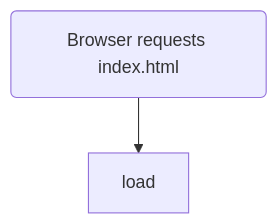
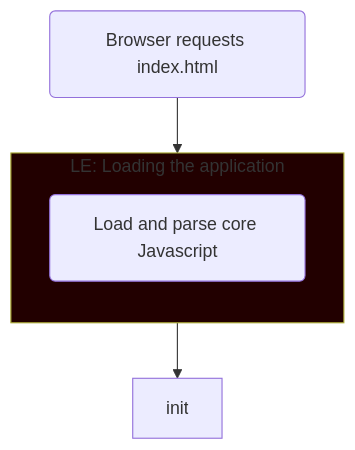
Before and after one commit to concord-consortium/collaborative-learning: the diagram in docs/mermaid-test.md, drawn with Mermaid.

Commit message:
loading app

````diff
--- a/docs/mermaid-test.md
+++ b/docs/mermaid-test.md
@@ -1,5 +1,13 @@
 ```mermaid
 flowchart TD
   req(Browser requests index.html)
   req --> load
+
+  style load fill:#220000
+  subgraph load [LE: Loading the application]
+    direction TB
+    parse(Load and parse core Javascript)
+  end
+  load --> init
+
 ```
````
